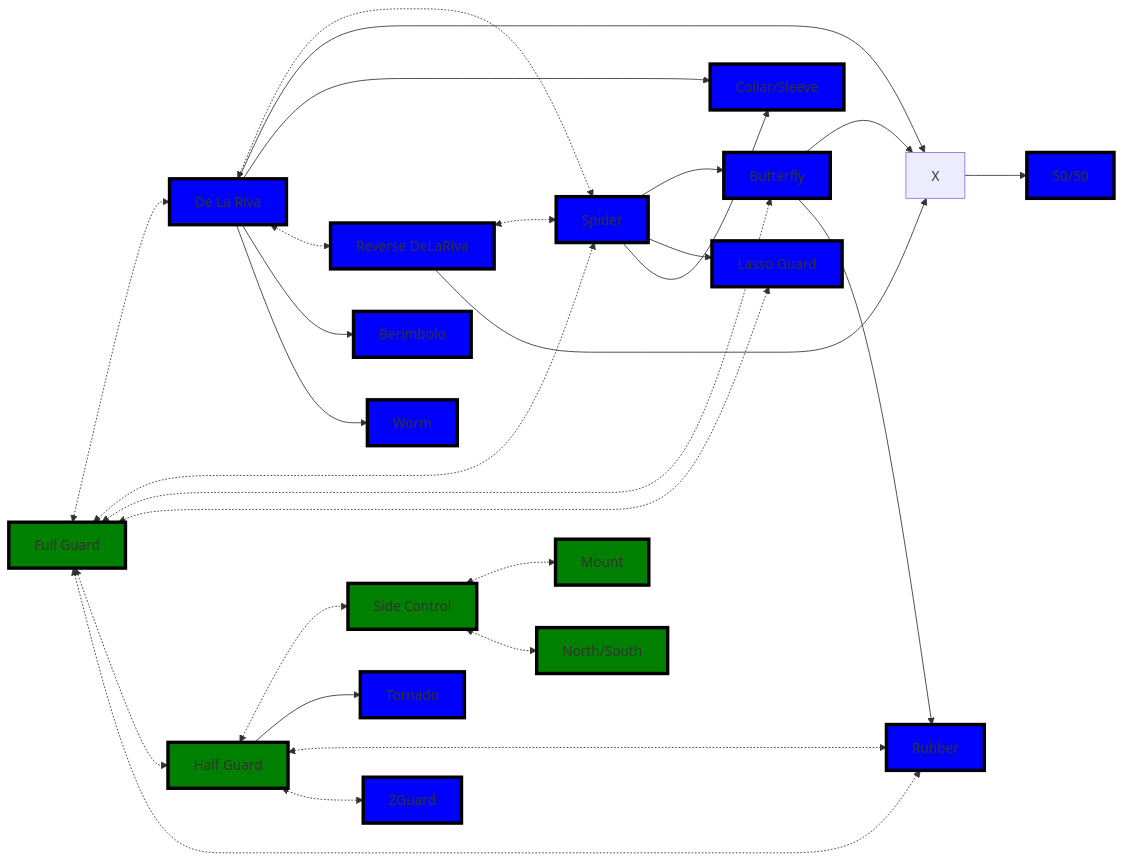
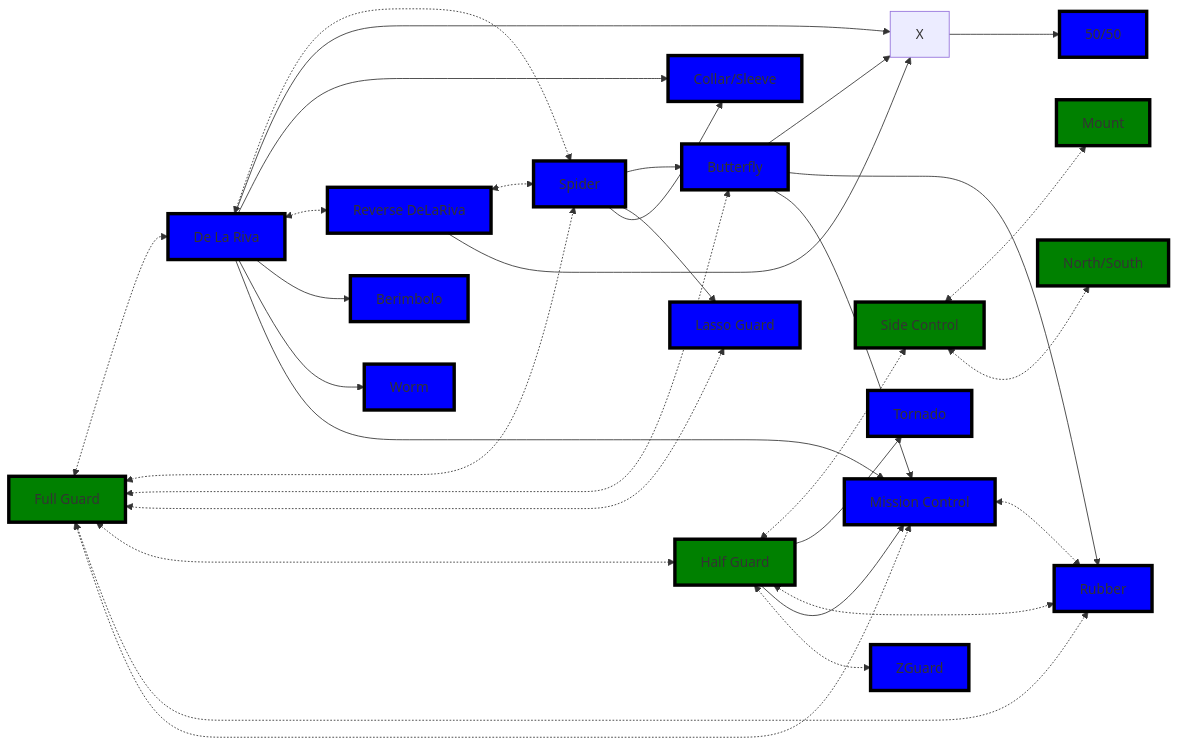
One commit to jacgit18/DevHiveMind changed the first of 2 diagrams in _BJJ/Guards Directory.md. Above: the diagram before and after it, drawn with Mermaid. The commit also changed other lines of this file, not shown here.

````diff
--- a/_BJJ/Guards Directory.md
+++ b/_BJJ/Guards Directory.md
@@ -34,6 +55,7 @@
 	O[Worm]
 	P[Tornado]
 	Q[Rubber]
+	R[Mission Control]
 
 	Z[ZGuard]
 
@@ -43,26 +65,31 @@
     A <-.-> E
     A <-.-> H
     A <-.-> Q
+    A <-.-> R
     B <-.-> C
     B --> F
     B --> G
     B <-.-> L
     B --> M
     B --> O
+    B --> R
     C --> D
     C --> E
     C --> G
 	D --> F
 	D --> Q
+	D --> R
 	F --> N
 	H <-.-> I
 	H --> P
 	H <-.-> Q 
+	H --> R
 	H <-.-> Z
 	I <-.-> J
 	L <-.-> C
 	L --> F
 	I <-.-> K
+	R <-.-> Q 
 
 style A fill:green,stroke:black,stroke-width:4px,shadow:shadow
 
@@ -96,5 +123,7 @@
 
 style Q fill:blue,stroke:black,stroke-width:4px,shadow:shadow
 
+style R fill:blue,stroke:black,stroke-width:4px,shadow:shadow
+
 style Z fill:blue,stroke:black,stroke-width:4px,shadow:shadow
 ```
````
